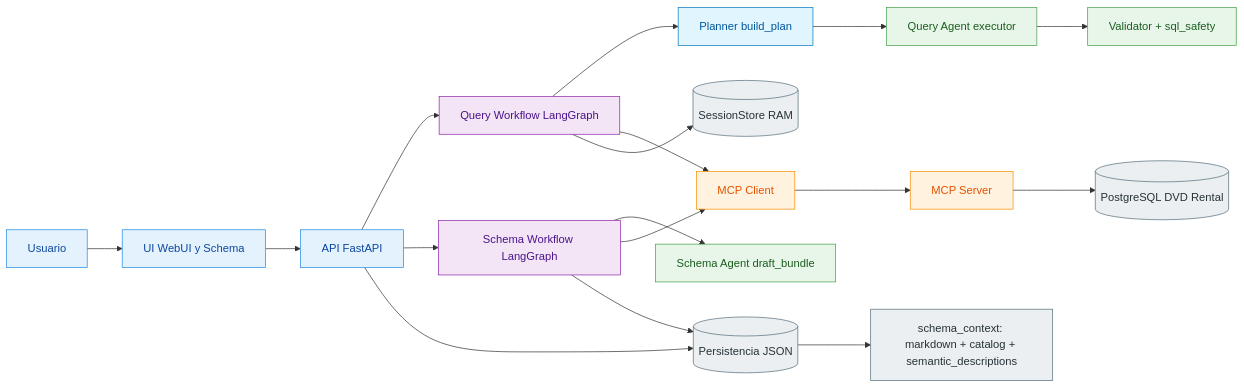
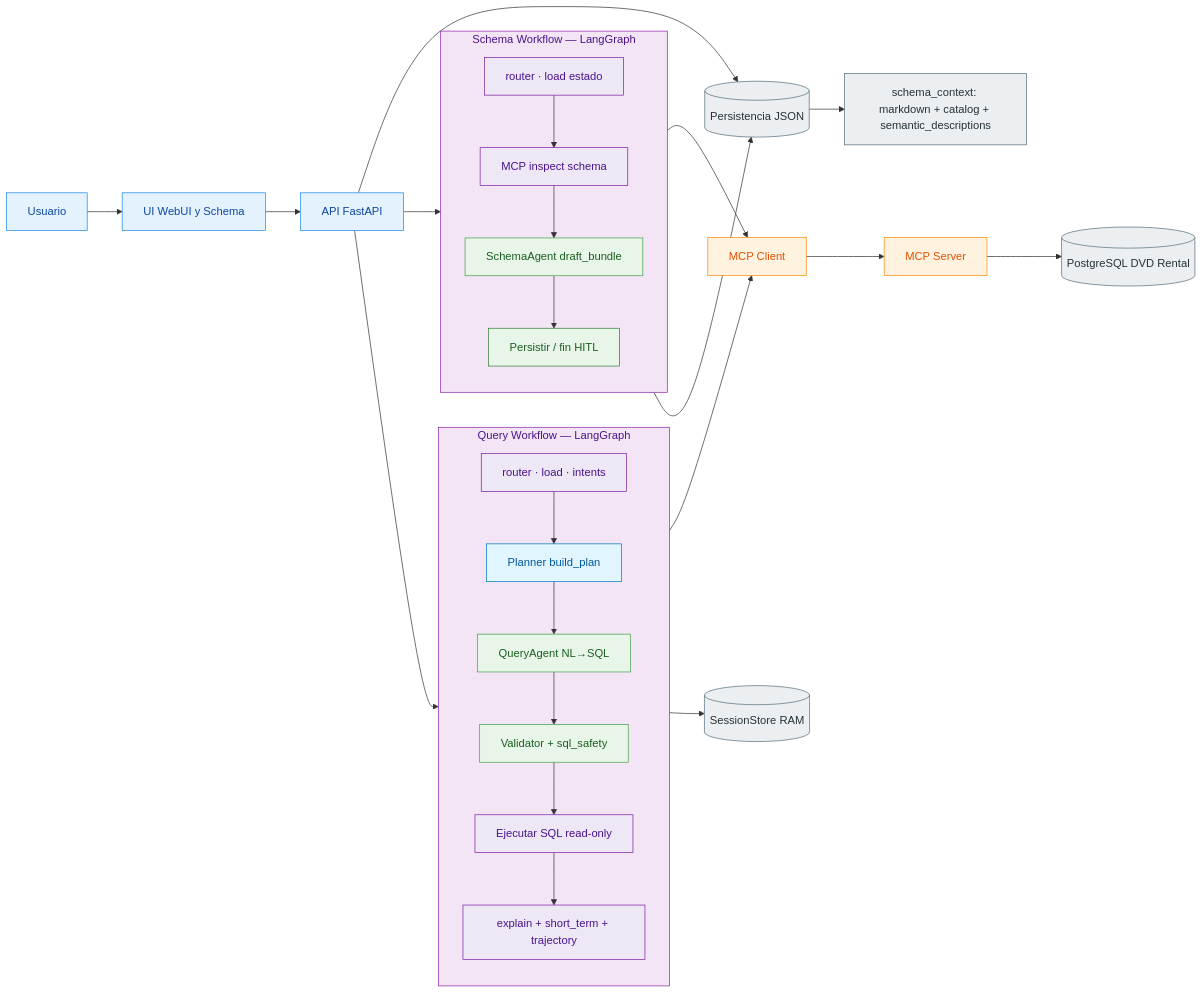
One commit to boullo2002/TP-multiagentes changed the diagram in docs/diagrams/architecture.md. Above: the diagram before and after it, drawn with Mermaid. The commit also changed other lines of this file and 2 other files, not shown here.

Commit message:
Revise architecture diagrams and README
Restructure architecture docs and README to reflect workflow-level changes: convert Query and Schema workflows into LangGraph subgraphs, introduce planner (build_plan) and explicit query_plan/use in QueryAgent, and surface SchemaAgent draft_bundle and semantic_descriptions. Update mermaid graphs to show router/load entry points, HITL resume flow, session persistence (SessionStore RAM), MCP client/server interactions, and adjusted classDef names/styles. Modified files: README.md, docs/diagrams/architecture.md, docs/diagrams/architecture.mmd.

````diff
--- a/docs/diagrams/architecture.md
+++ b/docs/diagrams/architecture.md
@@ -5,38 +5,53 @@
 ```mermaid
 flowchart LR
     U[Usuario] --> UI[UI WebUI y Schema]
     UI --> API[API FastAPI]
 
-    API --> QW[Query Workflow LangGraph]
-    QW --> PL[Planner build_plan]
-    PL --> QA[Query Agent executor]
-    QA --> VAL[Validator + sql_safety]
+    subgraph QW[Query Workflow — LangGraph]
+        direction TB
+        Q0[router · load · intents] --> PL[Planner build_plan]
+        PL --> QA[QueryAgent NL→SQL]
+        QA --> VAL[Validator + sql_safety]
+        VAL --> QEX[Ejecutar SQL read-only]
+        QEX --> QXP[explain + short_term + trajectory]
+    end
 
-    API --> SW[Schema Workflow LangGraph]
-    SW --> SA[Schema Agent draft_bundle]
+    subgraph SW[Schema Workflow — LangGraph]
+        direction TB
+        S0[router · load estado] --> SIN[MCP inspect schema]
+        SIN --> SDR[SchemaAgent draft_bundle]
+        SDR --> SPE[Persistir / fin HITL]
+    end
 
-    QW --> MCPC[MCP Client]
-    SW --> MCPC
+    API --> Q0
+    API --> S0
+
+    SIN --> MCPC[MCP Client]
+    QEX --> MCPC
     MCPC --> MCPS[MCP Server]
     MCPS --> DB[(PostgreSQL DVD Rental)]
 
     API --> P[(Persistencia JSON)]
-    QW --> S[(SessionStore RAM)]
-    SW --> P
+    SPE --> P
+    QXP --> SESS[(SessionStore RAM)]
 
     P --> CTX[schema_context: markdown + catalog + semantic_descriptions]
 
     classDef ext fill:#E3F2FD,stroke:#1E88E5,color:#0D47A1,stroke-width:1px;
-    classDef workflow fill:#F3E5F5,stroke:#8E24AA,color:#4A148C,stroke-width:1px;
+    classDef subgraphBox fill:#F3E5F5,stroke:#8E24AA,color:#4A148C,stroke-width:1px;
+    classDef step fill:#EDE7F6,stroke:#7B1FA2,color:#4A148C,stroke-width:1px;
     classDef agent fill:#E8F5E9,stroke:#43A047,color:#1B5E20,stroke-width:1px;
     classDef planner fill:#E1F5FE,stroke:#0277BD,color:#01579B,stroke-width:1px;
     classDef mcp fill:#FFF3E0,stroke:#FB8C00,color:#E65100,stroke-width:1px;
     classDef data fill:#ECEFF1,stroke:#546E7A,color:#263238,stroke-width:1px;
+    classDef persist fill:#E8F5E9,stroke:#2E7D32,color:#1B5E20,stroke-width:1px;
 
     class U,UI,API ext;
-    class QW,SW workflow;
-    class QA,VAL,SA agent;
+    class QW,SW subgraphBox;
+    class Q0,QEX,QXP,S0,SIN step;
+    class QA,VAL,SDR agent;
     class PL planner;
     class MCPC,MCPS mcp;
-    class DB,P,S,CTX data;
+    class DB,P,SESS,CTX data;
+    class SPE persist;
 ```
````
